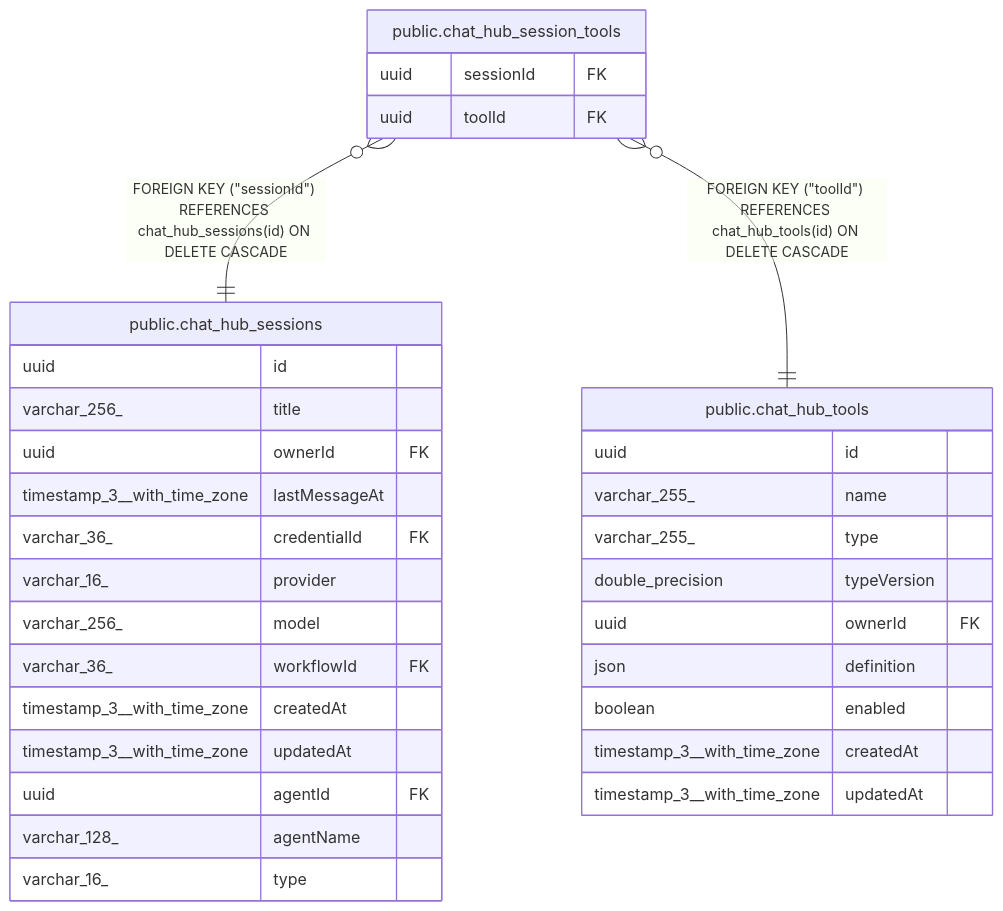
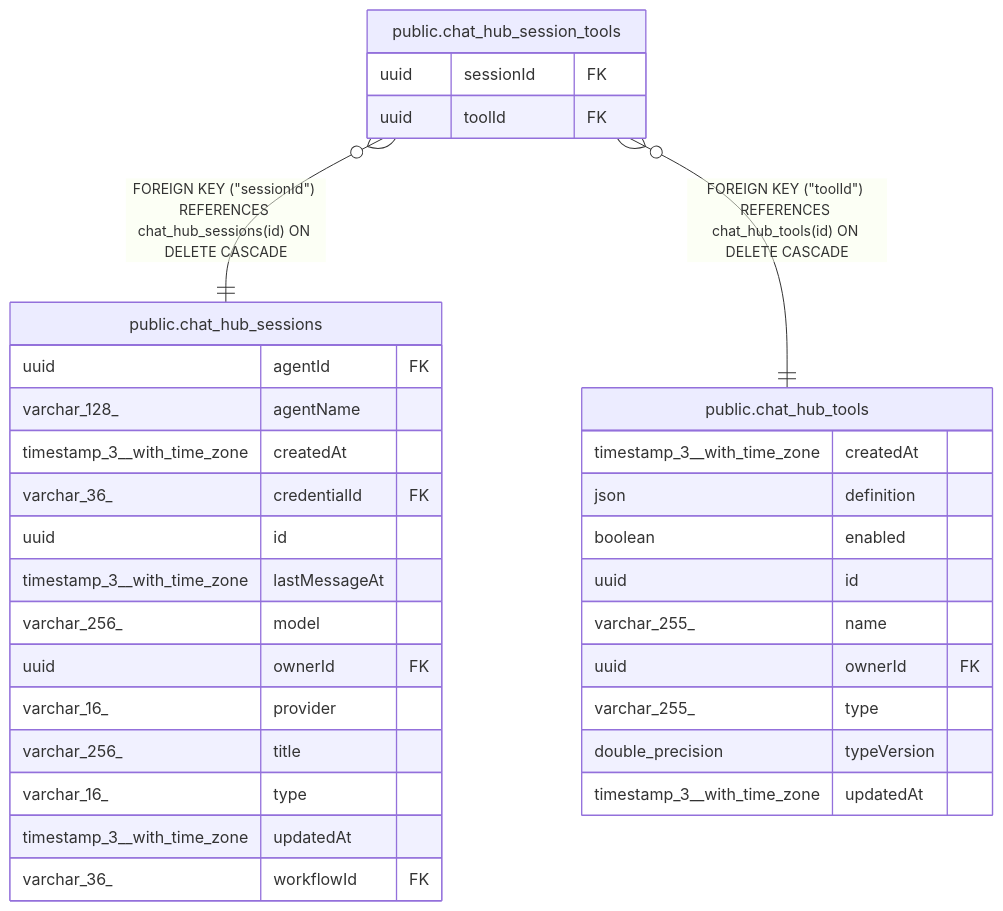
One commit to mayankjain1815-commits/n8n changed the diagram in docs/generated/postgres-schema/public.chat_hub_session_tools.md. Above: the diagram before and after it, drawn with Mermaid. The commit also changed other lines of this file and 221 other files, not shown here.

Commit message:
chore(core): Make DB schema docs generation deterministic (#32373)

````diff
--- a/docs/generated/postgres-schema/public.chat_hub_session_tools.md
+++ b/docs/generated/postgres-schema/public.chat_hub_session_tools.md
@@ -28,37 +28,37 @@
 ```mermaid
 erDiagram
 
 "public.chat_hub_session_tools" }o--|| "public.chat_hub_sessions" : "FOREIGN KEY (#quot;sessionId#quot;) REFERENCES chat_hub_sessions(id) ON DELETE CASCADE"
 "public.chat_hub_session_tools" }o--|| "public.chat_hub_tools" : "FOREIGN KEY (#quot;toolId#quot;) REFERENCES chat_hub_tools(id) ON DELETE CASCADE"
 
 "public.chat_hub_session_tools" {
   uuid sessionId FK
   uuid toolId FK
 }
 "public.chat_hub_sessions" {
-  uuid id
-  varchar_256_ title
-  uuid ownerId FK
-  timestamp_3__with_time_zone lastMessageAt
-  varchar_36_ credentialId FK
-  varchar_16_ provider
-  varchar_256_ model
-  varchar_36_ workflowId FK
-  timestamp_3__with_time_zone createdAt
-  timestamp_3__with_time_zone updatedAt
   uuid agentId FK
   varchar_128_ agentName
+  timestamp_3__with_time_zone createdAt
+  varchar_36_ credentialId FK
+  uuid id
+  timestamp_3__with_time_zone lastMessageAt
+  varchar_256_ model
+  uuid ownerId FK
+  varchar_16_ provider
+  varchar_256_ title
   varchar_16_ type
+  timestamp_3__with_time_zone updatedAt
+  varchar_36_ workflowId FK
 }
 "public.chat_hub_tools" {
+  timestamp_3__with_time_zone createdAt
+  json definition
+  boolean enabled
   uuid id
   varchar_255_ name
+  uuid ownerId FK
   varchar_255_ type
   double_precision typeVersion
-  uuid ownerId FK
-  json definition
-  boolean enabled
-  timestamp_3__with_time_zone createdAt
   timestamp_3__with_time_zone updatedAt
 }
 ```
````
